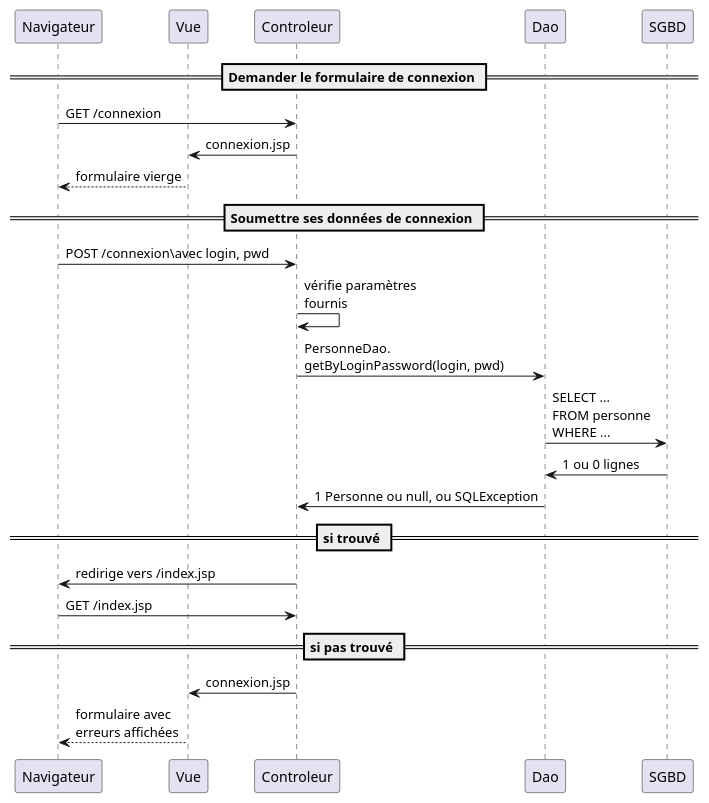
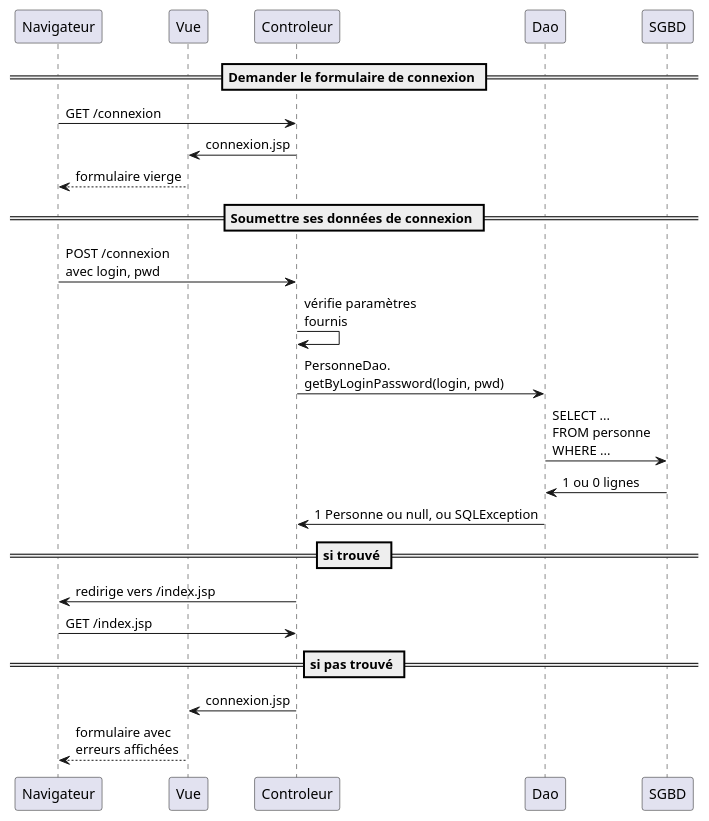
One commit to michel-plasse/SIOMassy2022 changed the diagram in src/main/uml/connexion.puml. Above: the diagram before and after it, drawn with PlantUML.

Commit message:
Met à jour connexion.puml

```diff
--- a/src/main/uml/connexion.puml
+++ b/src/main/uml/connexion.puml
@@ -1,24 +1,24 @@
 @startuml
 participant Navigateur
 participant Vue
 
 == Demander le formulaire de connexion ==
 Navigateur -> Controleur: GET /connexion
 Controleur -> Vue: connexion.jsp
 Vue --> Navigateur: formulaire vierge
 
 == Soumettre ses données de connexion ==
-Navigateur -> Controleur: POST /connexion\avec login, pwd
+Navigateur -> Controleur: POST /connexion\navec login, pwd
 Controleur -> Controleur: vérifie paramètres\nfournis
 Controleur -> Dao: PersonneDao.\ngetByLoginPassword(login, pwd)
 Dao -> SGBD: SELECT ...\nFROM personne\nWHERE ...
 SGBD -> Dao: 1 ou 0 lignes
 Dao -> Controleur: 1 Personne ou null, ou SQLException
 == si trouvé ==
 Controleur -> Navigateur: redirige vers /index.jsp
 Navigateur -> Controleur: GET /index.jsp
 == si pas trouvé ==
 Controleur -> Vue: connexion.jsp
 Vue --> Navigateur: formulaire avec\nerreurs affichées
 
 @enduml
```
